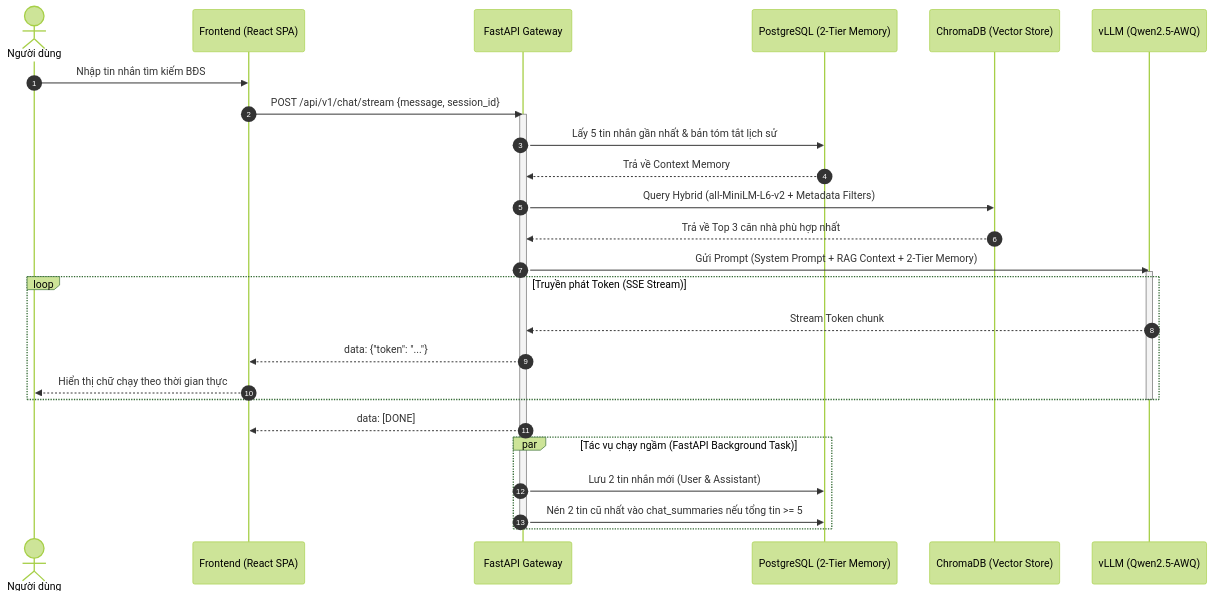
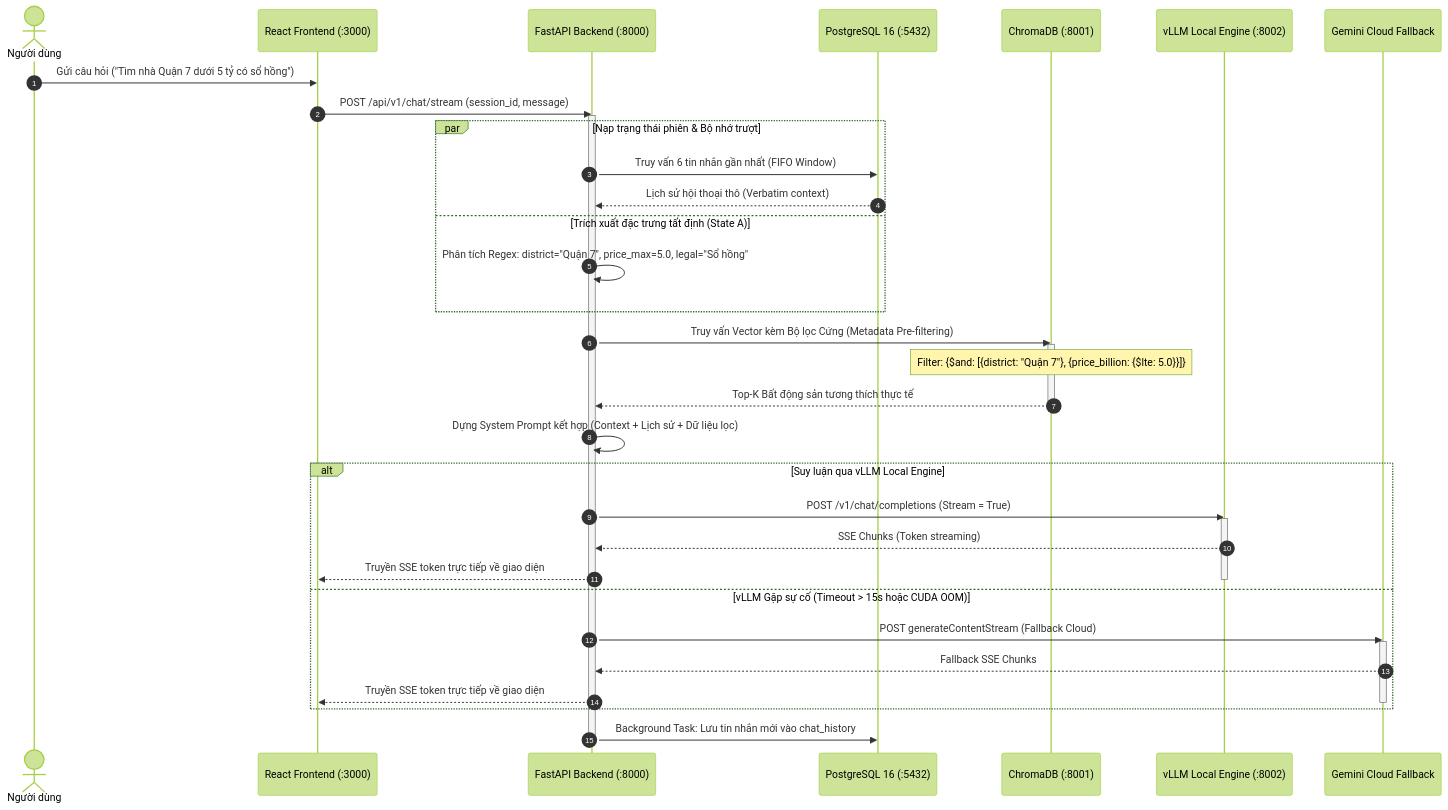
One commit to nguyentranhuynhchi/aura-realestate changed the third of 11 diagrams in README.md. Above: the diagram before and after it, drawn with Mermaid (forest theme). The commit also changed other lines of this file and 48 other files, not shown here.

````diff
--- a/README.md
+++ b/README.md
@@ -137,38 +297,47 @@
 ```mermaid
 sequenceDiagram
     autonumber
     actor User as Người dùng
-    participant FE as Frontend (React SPA)
-    participant BE as FastAPI Gateway
-    participant PG as PostgreSQL (2-Tier Memory)
-    participant VDB as ChromaDB (Vector Store)
-    participant LLM as vLLM (Qwen2.5-AWQ)
+    participant UI as React Frontend (:3000)
+    participant Backend as FastAPI Backend (:8000)
+    participant DB as PostgreSQL 16 (:5432)
+    participant Chroma as ChromaDB (:8001)
+    participant vLLM as vLLM Local Engine (:8002)
+    participant Gemini as Gemini Cloud Fallback
 
-    User->>FE: Nhập tin nhắn tìm kiếm BĐS
-    FE->>BE: POST /api/v1/chat/stream {message, session_id}
-    
-    activate BE
-    BE->>PG: Lấy 5 tin nhắn gần nhất & bản tóm tắt lịch sử
-    PG-->>BE: Trả về Context Memory
-    
-    BE->>VDB: Query Hybrid (all-MiniLM-L6-v2 + Metadata Filters)
-    VDB-->>BE: Trả về Top 3 căn nhà phù hợp nhất
-    
-    BE->>LLM: Gửi Prompt (System Prompt + RAG Context + 2-Tier Memory)
-    activate LLM
-    
-    loop Truyền phát Token (SSE Stream)
-        LLM-->>BE: Stream Token chunk
-        BE-->>FE: data: {"token": "..."}
-        FE-->>User: Hiển thị chữ chạy theo thời gian thực
+    User->>UI: Gửi câu hỏi ("Tìm nhà Quận 7 dưới 5 tỷ có sổ hồng")
+    UI->>Backend: POST /api/v1/chat/stream (session_id, message)
+    activate Backend
+
+    par Nạp trạng thái phiên & Bộ nhớ trượt
+        Backend->>DB: Truy vấn 6 tin nhắn gần nhất (FIFO Window)
+        DB-->>Backend: Lịch sử hội thoại thô (Verbatim context)
+    and Trích xuất đặc trưng tất định (State A)
+        Backend->>Backend: Phân tích Regex: district="Quận 7", price_max=5.0, legal="Sổ hồng"
     end
-    deactivate LLM
-    
-    BE-->>FE: data: [DONE]
-    
-    par Tác vụ chạy ngầm (FastAPI Background Task)
-        BE->>PG: Lưu 2 tin nhắn mới (User & Assistant)
-        BE->>PG: Nén 2 tin cũ nhất vào chat_summaries nếu tổng tin >= 5
+
+    Backend->>Chroma: Truy vấn Vector kèm Bộ lọc Cứng (Metadata Pre-filtering)
+    activate Chroma
+    Note over Chroma: Filter: {$and: [{district: "Quận 7"}, {price_billion: {$lte: 5.0}}]}
+    Chroma-->>Backend: Top-K Bất động sản tương thích thực tế
+    deactivate Chroma
+
+    Backend->>Backend: Dựng System Prompt kết hợp (Context + Lịch sử + Dữ liệu lọc)
+
+    alt Suy luận qua vLLM Local Engine
+        Backend->>vLLM: POST /v1/chat/completions (Stream = True)
+        activate vLLM
+        vLLM-->>Backend: SSE Chunks (Token streaming)
+        Backend-->>UI: Truyền SSE token trực tiếp về giao diện
+        deactivate vLLM
+    else vLLM Gặp sự cố (Timeout > 15s hoặc CUDA OOM)
+        Backend->>Gemini: POST generateContentStream (Fallback Cloud)
+        activate Gemini
+        Gemini-->>Backend: Fallback SSE Chunks
+        Backend-->>UI: Truyền SSE token trực tiếp về giao diện
+        deactivate Gemini
     end
-    deactivate BE
+
+    Backend->>DB: Background Task: Lưu tin nhắn mới vào chat_history
+    deactivate Backend
 ```
````
